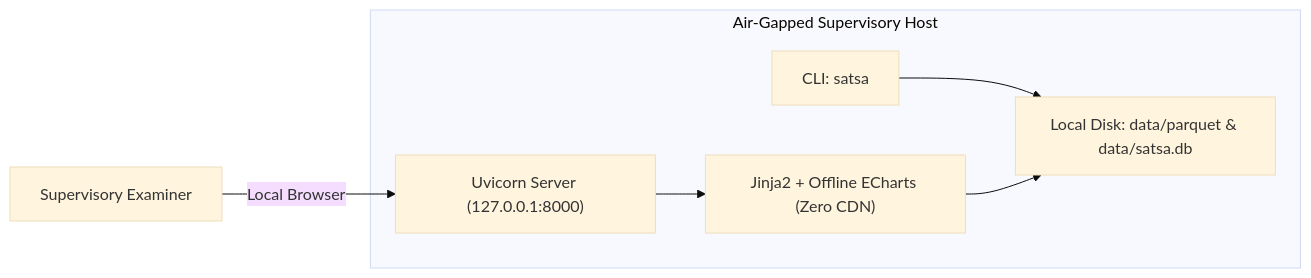
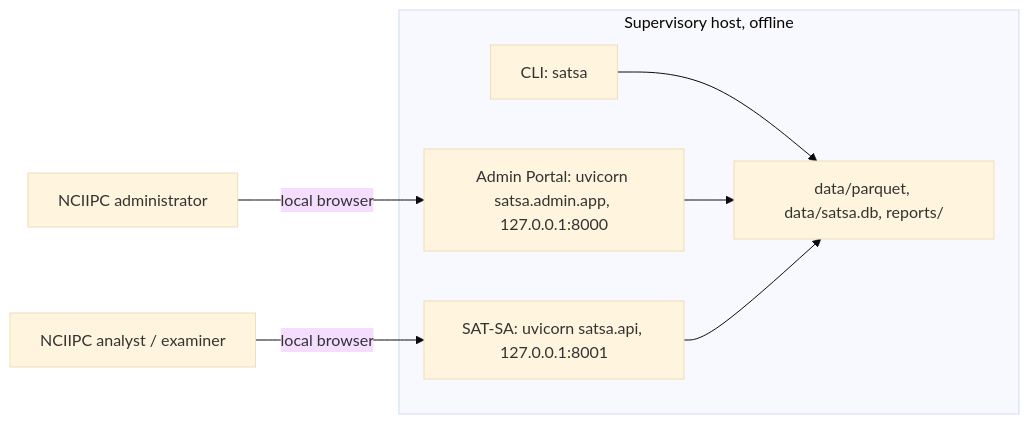
The second of 2 diagrams in docs/architecture.md (KenithKMS56/Supervisory-Analytics-Tool-for-SOC-Assessment-SAT-SA), drawn with Mermaid (base theme) before and after one commit. The commit also changed other lines of this file and 25 other files, not shown here.

````diff
--- a/docs/architecture.md
+++ b/docs/architecture.md
@@ -94,14 +110,15 @@
 ```mermaid
 graph LR
-    subgraph Air-Gapped Supervisory Host
+    subgraph Host [Supervisory host, offline]
         CLI["CLI: satsa"]
-        DAEMON["Uvicorn Server (127.0.0.1:8000)"]
-        UI_ENGINE["Jinja2 + Offline ECharts (Zero CDN)"]
-        DB_FILES["Local Disk: data/parquet & data/satsa.db"]
+        ADMIN["Admin Portal: uvicorn satsa.admin.app, 127.0.0.1:8000"]
+        SATSA["SAT-SA: uvicorn satsa.api, 127.0.0.1:8001"]
+        FILES["data/parquet, data/satsa.db, reports/"]
     end
 
-    EXAMINER["Supervisory Examiner"] -->|Local Browser| DAEMON
-    CLI --> DB_FILES
-    DAEMON --> UI_ENGINE
-    UI_ENGINE --> DB_FILES
+    ADMINUSER["NCIIPC administrator"] -->|local browser| ADMIN
+    OPERATOR["NCIIPC analyst / examiner"] -->|local browser| SATSA
+    CLI --> FILES
+    ADMIN --> FILES
+    SATSA --> FILES
 ```
````
